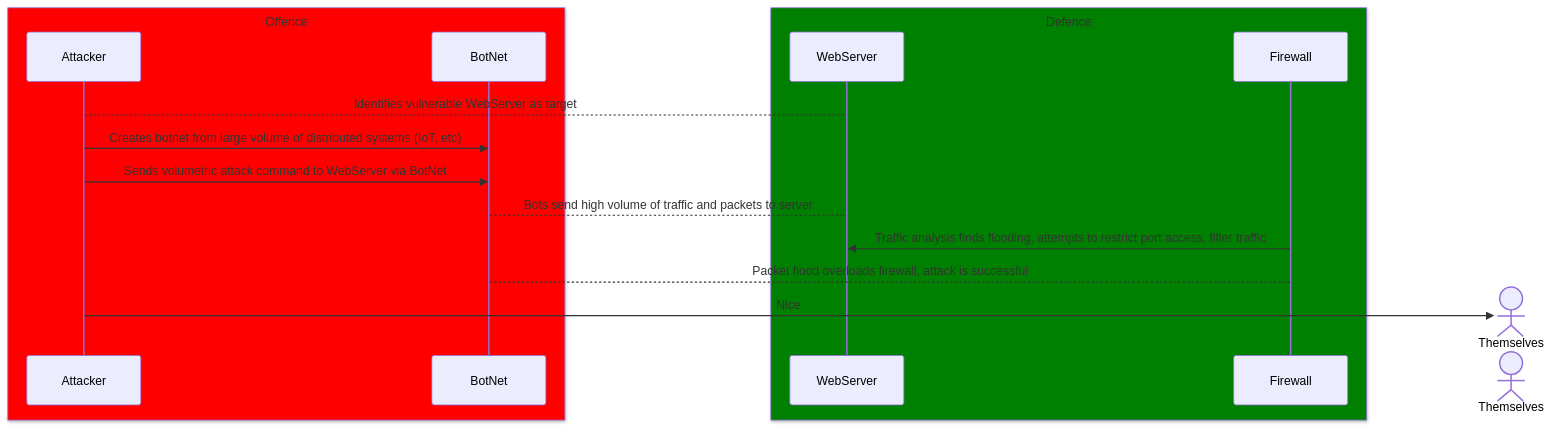
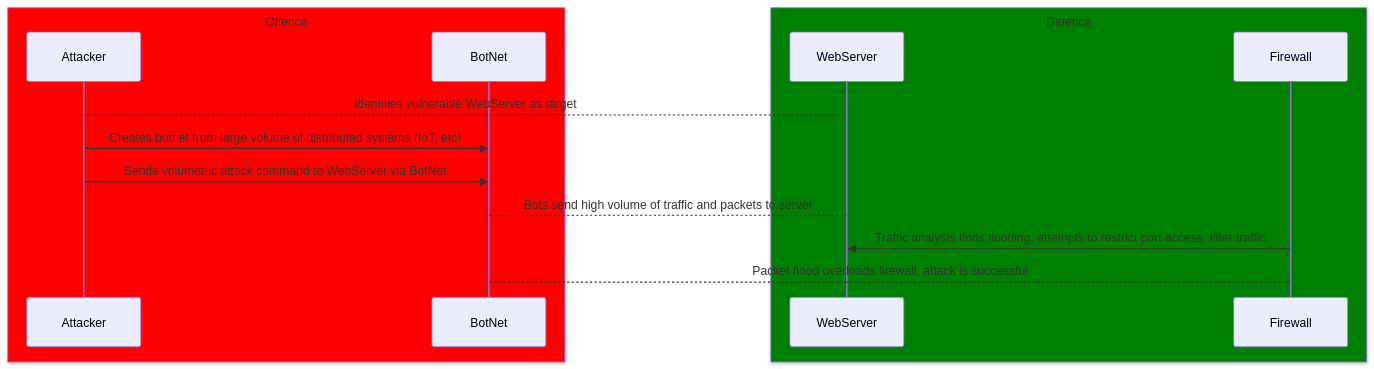
Before and after one commit to PGraggWaketech/DDoS-Mermaid-Project-PaytonG: the diagram in DDoS_Attack_Sequence.md, drawn with Mermaid.

Commit message:
update DDoS_Attack_Sequence removed joke

````diff
--- a/DDoS_Attack_Sequence.md
+++ b/DDoS_Attack_Sequence.md
@@ -1,21 +1,19 @@
 ```mermaid
 sequenceDiagram
 box Red Offence
 participant Attacker
 participant BotNet
 end
 Box Green Defence
 participant WebServer
 participant Firewall
 end
 
 Attacker-->WebServer: Identifies vulnerable WebServer as target
 Attacker->>BotNet: Creates botnet from large volume of distributed systems (IoT, etc)
 Attacker->>BotNet: Sends volumetric attack command to WebServer via BotNet
 BotNet-->WebServer: Bots send high volume of traffic and packets to server
 Firewall->>WebServer: Traffic analysis finds flooding, attempts to restrict port access, filter traffic
 BotNet-->Firewall: Packet flood overloads firewall, attack is successful
-create actor Themselves
-Attacker->>Themselves: Nice
 
 ```
````
